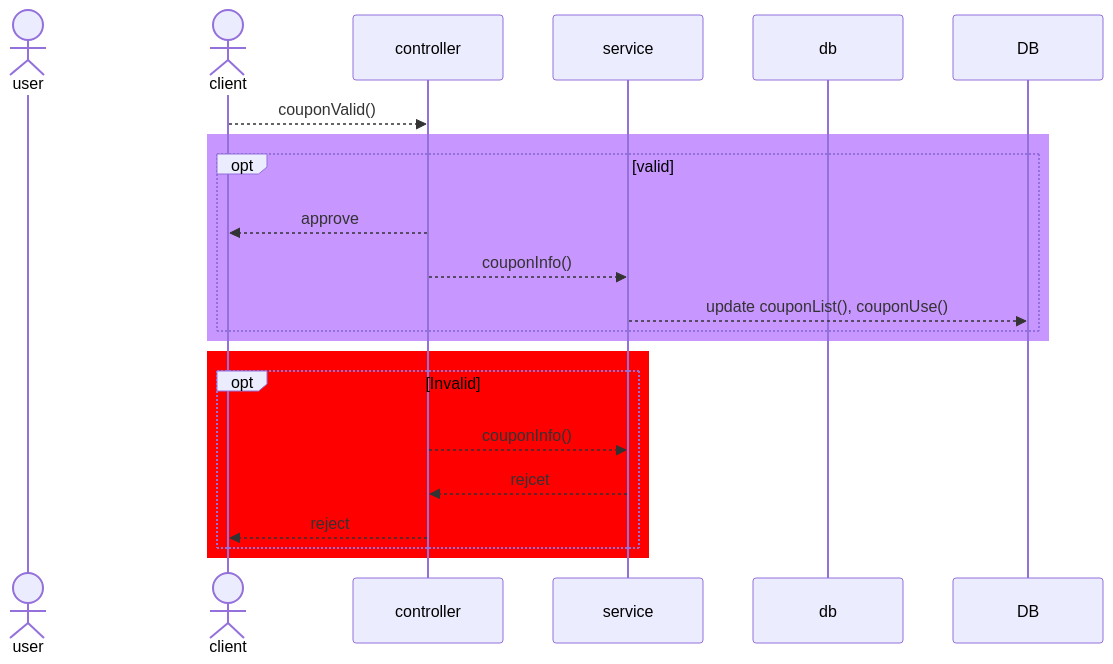
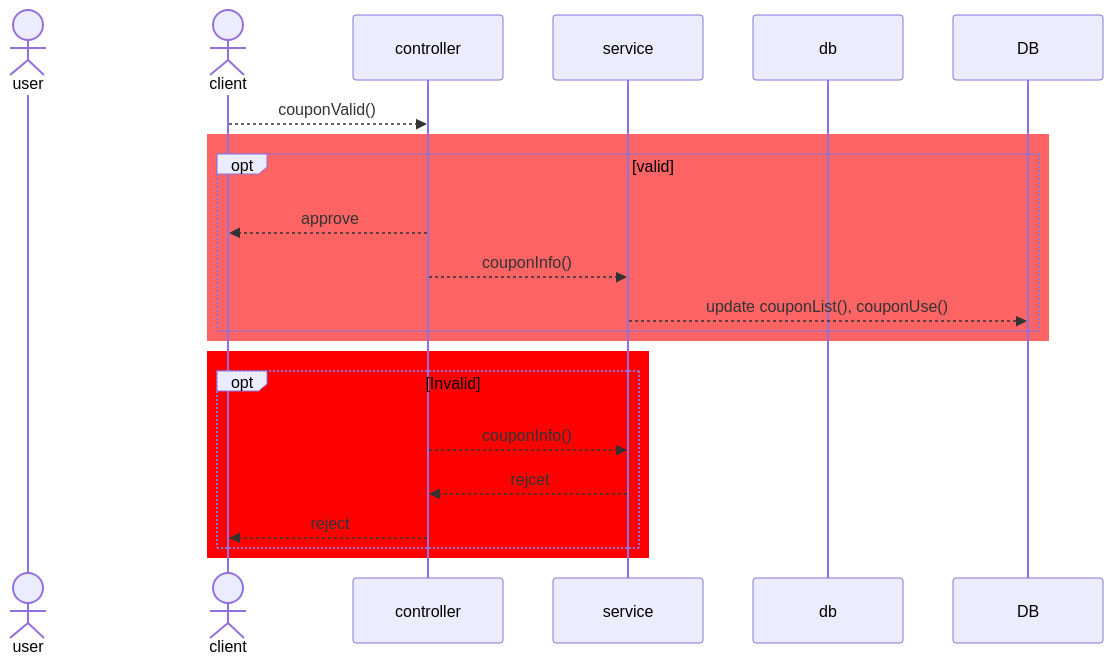
One commit to couponApiServerEconovation/couponApiServerTony changed the second of 3 diagrams in suquenceDiagram.md. Above: the diagram before and after it, drawn with Mermaid. The commit also changed other lines of this file, not shown here.

````diff
--- a/suquenceDiagram.md
+++ b/suquenceDiagram.md
@@ -33,24 +33,24 @@
 ```mermaid
 sequenceDiagram
     actor user
     actor cl as client
     participant ctr as controller
     participant s as service
     participant db
     
     cl -->>ctr: couponValid()
-    rect rgb(200,150,255)
+    rect rgb(255,100,100)
         opt valid
             ctr -->> cl: approve
             ctr -->> s: couponInfo()
             s -->> DB: update couponList(), couponUse()
         end
     end
     rect rgb(255,0,0)
         opt Invalid
             ctr -->> s: couponInfo()
             s -->> ctr: rejcet
             ctr -->> cl: reject
         end
     end
 ```
````
